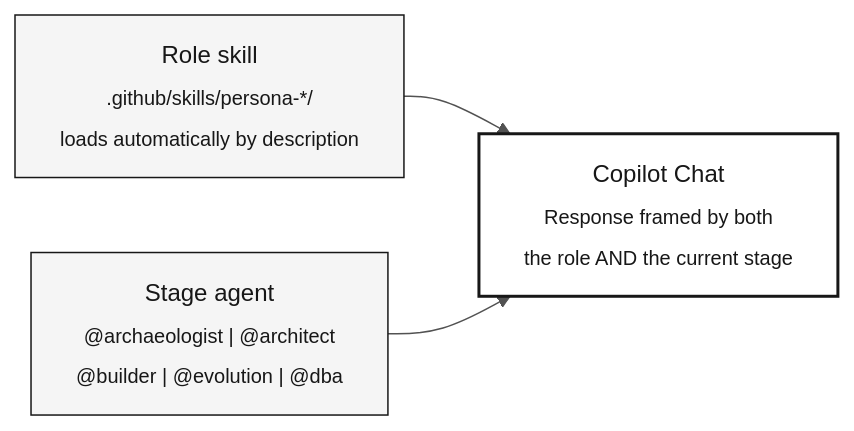
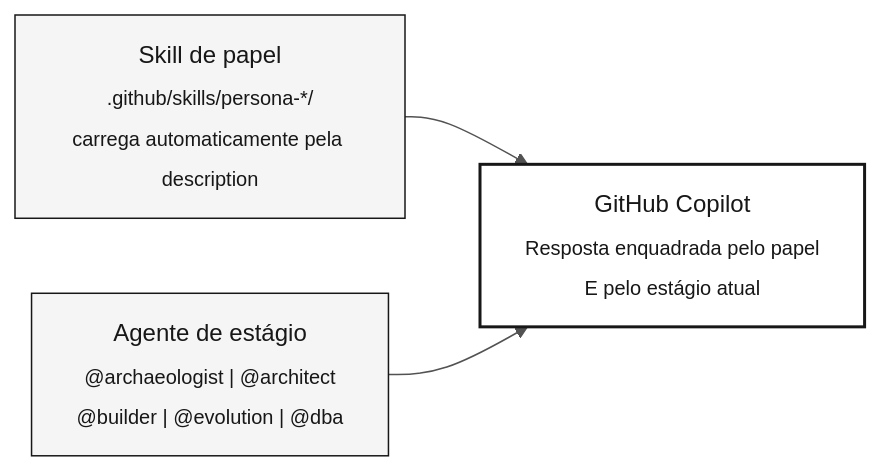
The diagram in 07-concepts/02-agents-and-personas.md (serpro-workshop-floripa/sifap-workshop-paula-00), drawn with Mermaid before and after one commit. The commit also changed other lines of this file and 19 other files, not shown here.

````diff
--- a/07-concepts/02-agents-and-personas.md
+++ b/07-concepts/02-agents-and-personas.md
@@ -55,14 +52,14 @@
 ```mermaid
 %%{init: {'theme':'neutral','themeVariables':{'fontFamily':'ui-sans-serif, system-ui, sans-serif','primaryColor':'#F5F5F5','primaryTextColor':'#171717','primaryBorderColor':'#171717','lineColor':'#525252','secondaryColor':'#FFFFFF','tertiaryColor':'#FAFAFA','background':'#FFFFFF'}}}%%
 flowchart LR
     classDef step fill:#F5F5F5,stroke:#171717,color:#171717
     classDef result fill:#FFFFFF,stroke:#171717,color:#171717,stroke-width:2px
     classDef muted fill:#FAFAFA,stroke:#A3A3A3,color:#404040
 
-    P["Role skill<br/><sub>.github/skills/persona-*/<br/>loads automatically by description</sub>"]:::step
-    A["Stage agent<br/><sub>@archaeologist | @architect<br/>@builder | @evolution | @dba</sub>"]:::step
-    C["Copilot Chat<br/><sub>Response framed by both<br/>the role AND the current stage</sub>"]:::result
+    P["Skill de papel<br/><sub>.github/skills/persona-*/<br/>carrega automaticamente pela description</sub>"]:::step
+    A["Agente de estágio<br/><sub>@archaeologist | @architect<br/>@builder | @evolution | @dba</sub>"]:::step
+    C["GitHub Copilot<br/><sub>Resposta enquadrada pelo papel<br/>E pelo estágio atual</sub>"]:::result
 
     P --> C
     A --> C
 ```
````
